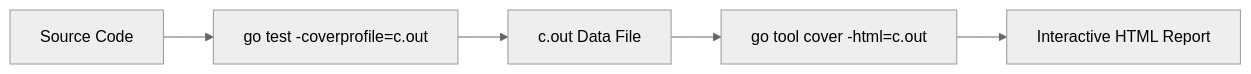
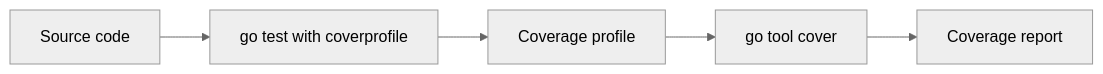
The diagram in RAK-03-evolution/SR-02-testing-quality/BK-03-reliability/CH-03-coverage/README.md (syahputrawork98-sketch/Golang-Knowledge-Base), drawn with Mermaid (neutral theme) before and after one commit. The commit also changed other lines of this file and 61 other files, not shown here.

````diff
--- a/RAK-03-evolution/SR-02-testing-quality/BK-03-reliability/CH-03-coverage/README.md
+++ b/RAK-03-evolution/SR-02-testing-quality/BK-03-reliability/CH-03-coverage/README.md
@@ -37,7 +35,7 @@
 ```mermaid
 graph LR
-    Code[Source Code] --> Test[go test -coverprofile=c.out]
-    Test --> Profile[c.out Data File]
-    Profile --> Tool[go tool cover -html=c.out]
-    Tool --> Result[Interactive HTML Report]
+    Code[Source code] --> Test[go test with coverprofile]
+    Test --> Profile[Coverage profile]
+    Profile --> Tool[go tool cover]
+    Tool --> Report[Coverage report]
 ```
````
